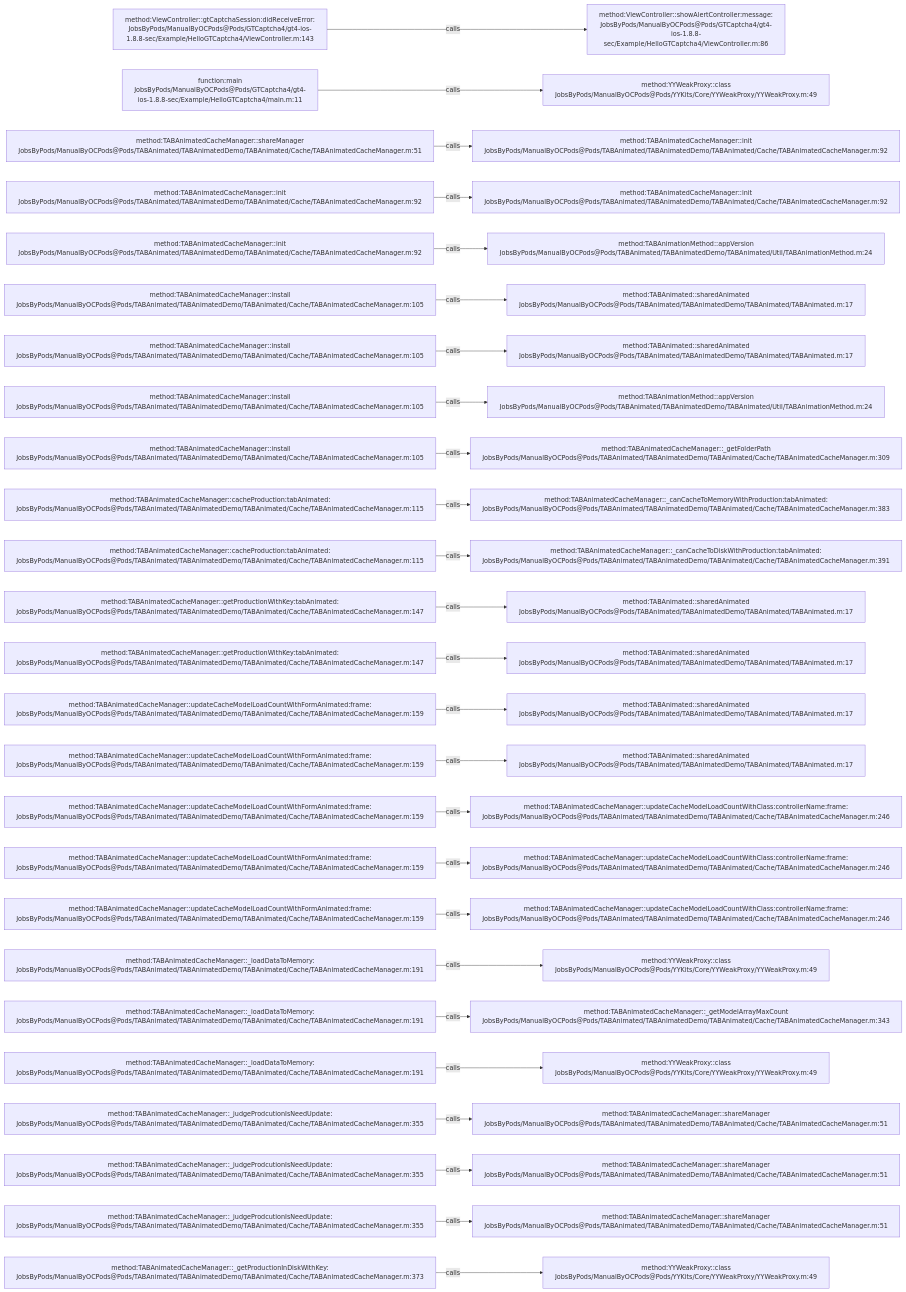
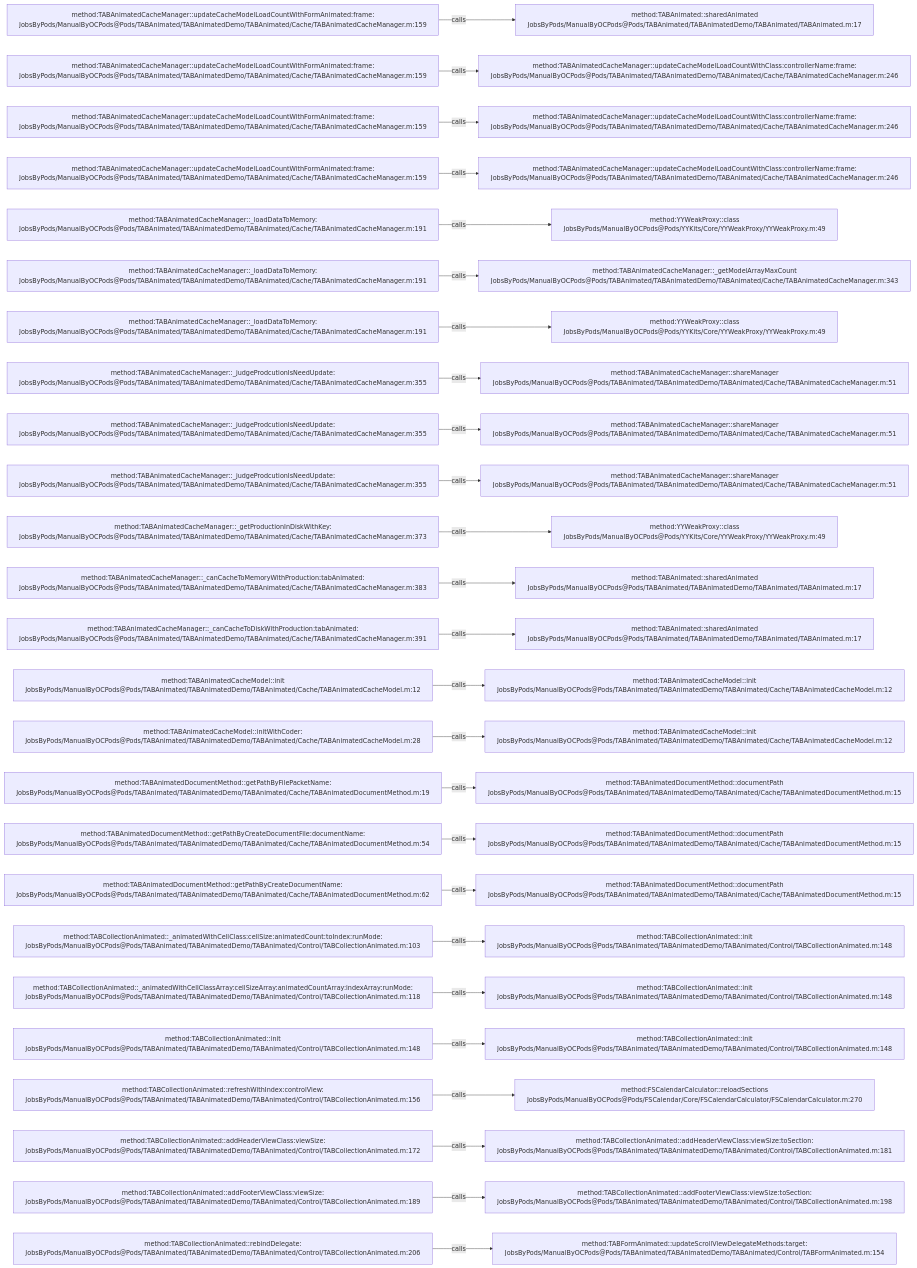
The diagram in .codegraph/codegraph.md/graphs/calls-022.md (JobsKits/JobsOCBaseConfigDemo), drawn with Mermaid before and after one commit. The commit also changed 296 other files, not shown here.

````diff
--- a/.codegraph/codegraph.md/graphs/calls-022.md
+++ b/.codegraph/codegraph.md/graphs/calls-022.md
@@ -13,78 +13,78 @@
 ```mermaid
 flowchart LR
-  S1["method:ViewController::gtCaptchaSession:didReceiveError:<br/>JobsByPods/ManualByOCPods@Pods/GTCaptcha4/gt4-ios-1.8.8-sec/Example/HelloGTCaptcha4/ViewController.m:143"]
-  T1["method:ViewController::showAlertController:message:<br/>JobsByPods/ManualByOCPods@Pods/GTCaptcha4/gt4-ios-1.8.8-sec/Example/HelloGTCaptcha4/ViewController.m:86"]
+  S1["method:TABAnimatedCacheManager::updateCacheModelLoadCountWithFormAnimated:frame:<br/>JobsByPods/ManualByOCPods@Pods/TABAnimated/TABAnimatedDemo/TABAnimated/Cache/TABAnimatedCacheManager.m:159"]
+  T1["method:TABAnimated::sharedAnimated<br/>JobsByPods/ManualByOCPods@Pods/TABAnimated/TABAnimatedDemo/TABAnimated/TABAnimated.m:17"]
   S1 -->|calls| T1
-  S2["function:main<br/>JobsByPods/ManualByOCPods@Pods/GTCaptcha4/gt4-ios-1.8.8-sec/Example/HelloGTCaptcha4/main.m:11"]
-  T2["method:YYWeakProxy::class<br/>JobsByPods/ManualByOCPods@Pods/YYKits/Core/YYWeakProxy/YYWeakProxy.m:49"]
+  S2["method:TABAnimatedCacheManager::updateCacheModelLoadCountWithFormAnimated:frame:<br/>JobsByPods/ManualByOCPods@Pods/TABAnimated/TABAnimatedDemo/TABAnimated/Cache/TABAnimatedCacheManager.m:159"]
+  T2["method:TABAnimatedCacheManager::updateCacheModelLoadCountWithClass:controllerName:frame:<br/>JobsByPods/ManualByOCPods@Pods/TABAnimated/TABAnimatedDemo/TABAnimated/Cache/TABAnimatedCacheManager.m:246"]
   S2 -->|calls| T2
-  S3["method:TABAnimatedCacheManager::shareManager<br/>JobsByPods/ManualByOCPods@Pods/TABAnimated/TABAnimatedDemo/TABAnimated/Cache/TABAnimatedCacheManager.m:51"]
-  T3["method:TABAnimatedCacheManager::init<br/>JobsByPods/ManualByOCPods@Pods/TABAnimated/TABAnimatedDemo/TABAnimated/Cache/TABAnimatedCacheManager.m:92"]
+  S3["method:TABAnimatedCacheManager::updateCacheModelLoadCountWithFormAnimated:frame:<br/>JobsByPods/ManualByOCPods@Pods/TABAnimated/TABAnimatedDemo/TABAnimated/Cache/TABAnimatedCacheManager.m:159"]
+  T3["method:TABAnimatedCacheManager::updateCacheModelLoadCountWithClass:controllerName:frame:<br/>JobsByPods/ManualByOCPods@Pods/TABAnimated/TABAnimatedDemo/TABAnimated/Cache/TABAnimatedCacheManager.m:246"]
   S3 -->|calls| T3
-  S4["method:TABAnimatedCacheManager::init<br/>JobsByPods/ManualByOCPods@Pods/TABAnimated/TABAnimatedDemo/TABAnimated/Cache/TABAnimatedCacheManager.m:92"]
-  T4["method:TABAnimatedCacheManager::init<br/>JobsByPods/ManualByOCPods@Pods/TABAnimated/TABAnimatedDemo/TABAnimated/Cache/TABAnimatedCacheManager.m:92"]
+  S4["method:TABAnimatedCacheManager::updateCacheModelLoadCountWithFormAnimated:frame:<br/>JobsByPods/ManualByOCPods@Pods/TABAnimated/TABAnimatedDemo/TABAnimated/Cache/TABAnimatedCacheManager.m:159"]
+  T4["method:TABAnimatedCacheManager::updateCacheModelLoadCountWithClass:controllerName:frame:<br/>JobsByPods/ManualByOCPods@Pods/TABAnimated/TABAnimatedDemo/TABAnimated/Cache/TABAnimatedCacheManager.m:246"]
   S4 -->|calls| T4
-  S5["method:TABAnimatedCacheManager::init<br/>JobsByPods/ManualByOCPods@Pods/TABAnimated/TABAnimatedDemo/TABAnimated/Cache/TABAnimatedCacheManager.m:92"]
-  T5["method:TABAnimationMethod::appVersion<br/>JobsByPods/ManualByOCPods@Pods/TABAnimated/TABAnimatedDemo/TABAnimated/Util/TABAnimationMethod.m:24"]
+  S5["method:TABAnimatedCacheManager::_loadDataToMemory:<br/>JobsByPods/ManualByOCPods@Pods/TABAnimated/TABAnimatedDemo/TABAnimated/Cache/TABAnimatedCacheManager.m:191"]
+  T5["method:YYWeakProxy::class<br/>JobsByPods/ManualByOCPods@Pods/YYKits/Core/YYWeakProxy/YYWeakProxy.m:49"]
   S5 -->|calls| T5
-  S6["method:TABAnimatedCacheManager::install<br/>JobsByPods/ManualByOCPods@Pods/TABAnimated/TABAnimatedDemo/TABAnimated/Cache/TABAnimatedCacheManager.m:105"]
-  T6["method:TABAnimated::sharedAnimated<br/>JobsByPods/ManualByOCPods@Pods/TABAnimated/TABAnimatedDemo/TABAnimated/TABAnimated.m:17"]
+  S6["method:TABAnimatedCacheManager::_loadDataToMemory:<br/>JobsByPods/ManualByOCPods@Pods/TABAnimated/TABAnimatedDemo/TABAnimated/Cache/TABAnimatedCacheManager.m:191"]
+  T6["method:TABAnimatedCacheManager::_getModelArrayMaxCount<br/>JobsByPods/ManualByOCPods@Pods/TABAnimated/TABAnimatedDemo/TABAnimated/Cache/TABAnimatedCacheManager.m:343"]
   S6 -->|calls| T6
-  S7["method:TABAnimatedCacheManager::install<br/>JobsByPods/ManualByOCPods@Pods/TABAnimated/TABAnimatedDemo/TABAnimated/Cache/TABAnimatedCacheManager.m:105"]
-  T7["method:TABAnimated::sharedAnimated<br/>JobsByPods/ManualByOCPods@Pods/TABAnimated/TABAnimatedDemo/TABAnimated/TABAnimated.m:17"]
+  S7["method:TABAnimatedCacheManager::_loadDataToMemory:<br/>JobsByPods/ManualByOCPods@Pods/TABAnimated/TABAnimatedDemo/TABAnimated/Cache/TABAnimatedCacheManager.m:191"]
+  T7["method:YYWeakProxy::class<br/>JobsByPods/ManualByOCPods@Pods/YYKits/Core/YYWeakProxy/YYWeakProxy.m:49"]
   S7 -->|calls| T7
-  S8["method:TABAnimatedCacheManager::install<br/>JobsByPods/ManualByOCPods@Pods/TABAnimated/TABAnimatedDemo/TABAnimated/Cache/TABAnimatedCacheManager.m:105"]
-  T8["method:TABAnimationMethod::appVersion<br/>JobsByPods/ManualByOCPods@Pods/TABAnimated/TABAnimatedDemo/TABAnimated/Util/TABAnimationMethod.m:24"]
+  S8["method:TABAnimatedCacheManager::_judgeProdcutionIsNeedUpdate:<br/>JobsByPods/ManualByOCPods@Pods/TABAnimated/TABAnimatedDemo/TABAnimated/Cache/TABAnimatedCacheManager.m:355"]
+  T8["method:TABAnimatedCacheManager::shareManager<br/>JobsByPods/ManualByOCPods@Pods/TABAnimated/TABAnimatedDemo/TABAnimated/Cache/TABAnimatedCacheManager.m:51"]
   S8 -->|calls| T8
-  S9["method:TABAnimatedCacheManager::install<br/>JobsByPods/ManualByOCPods@Pods/TABAnimated/TABAnimatedDemo/TABAnimated/Cache/TABAnimatedCacheManager.m:105"]
-  T9["method:TABAnimatedCacheManager::_getFolderPath<br/>JobsByPods/ManualByOCPods@Pods/TABAnimated/TABAnimatedDemo/TABAnimated/Cache/TABAnimatedCacheManager.m:309"]
+  S9["method:TABAnimatedCacheManager::_judgeProdcutionIsNeedUpdate:<br/>JobsByPods/ManualByOCPods@Pods/TABAnimated/TABAnimatedDemo/TABAnimated/Cache/TABAnimatedCacheManager.m:355"]
+  T9["method:TABAnimatedCacheManager::shareManager<br/>JobsByPods/ManualByOCPods@Pods/TABAnimated/TABAnimatedDemo/TABAnimated/Cache/TABAnimatedCacheManager.m:51"]
   S9 -->|calls| T9
-  S10["method:TABAnimatedCacheManager::cacheProduction:tabAnimated:<br/>JobsByPods/ManualByOCPods@Pods/TABAnimated/TABAnimatedDemo/TABAnimated/Cache/TABAnimatedCacheManager.m:115"]
-  T10["method:TABAnimatedCacheManager::_canCacheToMemoryWithProduction:tabAnimated:<br/>JobsByPods/ManualByOCPods@Pods/TABAnimated/TABAnimatedDemo/TABAnimated/Cache/TABAnimatedCacheManager.m:383"]
+  S10["method:TABAnimatedCacheManager::_judgeProdcutionIsNeedUpdate:<br/>JobsByPods/ManualByOCPods@Pods/TABAnimated/TABAnimatedDemo/TABAnimated/Cache/TABAnimatedCacheManager.m:355"]
+  T10["method:TABAnimatedCacheManager::shareManager<br/>JobsByPods/ManualByOCPods@Pods/TABAnimated/TABAnimatedDemo/TABAnimated/Cache/TABAnimatedCacheManager.m:51"]
   S10 -->|calls| T10
-  S11["method:TABAnimatedCacheManager::cacheProduction:tabAnimated:<br/>JobsByPods/ManualByOCPods@Pods/TABAnimated/TABAnimatedDemo/TABAnimated/Cache/TABAnimatedCacheManager.m:115"]
-  T11["method:TABAnimatedCacheManager::_canCacheToDiskWithProduction:tabAnimated:<br/>JobsByPods/ManualByOCPods@Pods/TABAnimated/TABAnimatedDemo/TABAnimated/Cache/TABAnimatedCacheManager.m:391"]
+  S11["method:TABAnimatedCacheManager::_getProductionInDiskWithKey:<br/>JobsByPods/ManualByOCPods@Pods/TABAnimated/TABAnimatedDemo/TABAnimated/Cache/TABAnimatedCacheManager.m:373"]
+  T11["method:YYWeakProxy::class<br/>JobsByPods/ManualByOCPods@Pods/YYKits/Core/YYWeakProxy/YYWeakProxy.m:49"]
   S11 -->|calls| T11
-  S12["method:TABAnimatedCacheManager::getProductionWithKey:tabAnimated:<br/>JobsByPods/ManualByOCPods@Pods/TABAnimated/TABAnimatedDemo/TABAnimated/Cache/TABAnimatedCacheManager.m:147"]
+  S12["method:TABAnimatedCacheManager::_canCacheToMemoryWithProduction:tabAnimated:<br/>JobsByPods/ManualByOCPods@Pods/TABAnimated/TABAnimatedDemo/TABAnimated/Cache/TABAnimatedCacheManager.m:383"]
   T12["method:TABAnimated::sharedAnimated<br/>JobsByPods/ManualByOCPods@Pods/TABAnimated/TABAnimatedDemo/TABAnimated/TABAnimated.m:17"]
   S12 -->|calls| T12
-  S13["method:TABAnimatedCacheManager::getProductionWithKey:tabAnimated:<br/>JobsByPods/ManualByOCPods@Pods/TABAnimated/TABAnimatedDemo/TABAnimated/Cache/TABAnimatedCacheManager.m:147"]
+  S13["method:TABAnimatedCacheManager::_canCacheToDiskWithProduction:tabAnimated:<br/>JobsByPods/ManualByOCPods@Pods/TABAnimated/TABAnimatedDemo/TABAnimated/Cache/TABAnimatedCacheManager.m:391"]
   T13["method:TABAnimated::sharedAnimated<br/>JobsByPods/ManualByOCPods@Pods/TABAnimated/TABAnimatedDemo/TABAnimated/TABAnimated.m:17"]
   S13 -->|calls| T13
-  S14["method:TABAnimatedCacheManager::updateCacheModelLoadCountWithFormAnimated:frame:<br/>JobsByPods/ManualByOCPods@Pods/TABAnimated/TABAnimatedDemo/TABAnimated/Cache/TABAnimatedCacheManager.m:159"]
-  T14["method:TABAnimated::sharedAnimated<br/>JobsByPods/ManualByOCPods@Pods/TABAnimated/TABAnimatedDemo/TABAnimated/TABAnimated.m:17"]
+  S14["method:TABAnimatedCacheModel::init<br/>JobsByPods/ManualByOCPods@Pods/TABAnimated/TABAnimatedDemo/TABAnimated/Cache/TABAnimatedCacheModel.m:12"]
+  T14["method:TABAnimatedCacheModel::init<br/>JobsByPods/ManualByOCPods@Pods/TABAnimated/TABAnimatedDemo/TABAnimated/Cache/TABAnimatedCacheModel.m:12"]
   S14 -->|calls| T14
-  S15["method:TABAnimatedCacheManager::updateCacheModelLoadCountWithFormAnimated:frame:<br/>JobsByPods/ManualByOCPods@Pods/TABAnimated/TABAnimatedDemo/TABAnimated/Cache/TABAnimatedCacheManager.m:159"]
-  T15["method:TABAnimated::sharedAnimated<br/>JobsByPods/ManualByOCPods@Pods/TABAnimated/TABAnimatedDemo/TABAnimated/TABAnimated.m:17"]
+  S15["method:TABAnimatedCacheModel::initWithCoder:<br/>JobsByPods/ManualByOCPods@Pods/TABAnimated/TABAnimatedDemo/TABAnimated/Cache/TABAnimatedCacheModel.m:28"]
+  T15["method:TABAnimatedCacheModel::init<br/>JobsByPods/ManualByOCPods@Pods/TABAnimated/TABAnimatedDemo/TABAnimated/Cache/TABAnimatedCacheModel.m:12"]
   S15 -->|calls| T15
-  S16["method:TABAnimatedCacheManager::updateCacheModelLoadCountWithFormAnimated:frame:<br/>JobsByPods/ManualByOCPods@Pods/TABAnimated/TABAnimatedDemo/TABAnimated/Cache/TABAnimatedCacheManager.m:159"]
-  T16["method:TABAnimatedCacheManager::updateCacheModelLoadCountWithClass:controllerName:frame:<br/>JobsByPods/ManualByOCPods@Pods/TABAnimated/TABAnimatedDemo/TABAnimated/Cache/TABAnimatedCacheManager.m:246"]
+  S16["method:TABAnimatedDocumentMethod::getPathByFilePacketName:<br/>JobsByPods/ManualByOCPods@Pods/TABAnimated/TABAnimatedDemo/TABAnimated/Cache/TABAnimatedDocumentMethod.m:19"]
+  T16["method:TABAnimatedDocumentMethod::documentPath<br/>JobsByPods/ManualByOCPods@Pods/TABAnimated/TABAnimatedDemo/TABAnimated/Cache/TABAnimatedDocumentMethod.m:15"]
   S16 -->|calls| T16
-  S17["method:TABAnimatedCacheManager::updateCacheModelLoadCountWithFormAnimated:frame:<br/>JobsByPods/ManualByOCPods@Pods/TABAnimated/TABAnimatedDemo/TABAnimated/Cache/TABAnimatedCacheManager.m:159"]
-  T17["method:TABAnimatedCacheManager::updateCacheModelLoadCountWithClass:controllerName:frame:<br/>JobsByPods/ManualByOCPods@Pods/TABAnimated/TABAnimatedDemo/TABAnimated/Cache/TABAnimatedCacheManager.m:246"]
+  S17["method:TABAnimatedDocumentMethod::getPathByCreateDocumentFile:documentName:<br/>JobsByPods/ManualByOCPods@Pods/TABAnimated/TABAnimatedDemo/TABAnimated/Cache/TABAnimatedDocumentMethod.m:54"]
+  T17["method:TABAnimatedDocumentMethod::documentPath<br/>JobsByPods/ManualByOCPods@Pods/TABAnimated/TABAnimatedDemo/TABAnimated/Cache/TABAnimatedDocumentMethod.m:15"]
   S17 -->|calls| T17
-  S18["method:TABAnimatedCacheManager::updateCacheModelLoadCountWithFormAnimated:frame:<br/>JobsByPods/ManualByOCPods@Pods/TABAnimated/TABAnimatedDemo/TABAnimated/Cache/TABAnimatedCacheManager.m:159"]
-  T18["method:TABAnimatedCacheManager::updateCacheModelLoadCountWithClass:controllerName:frame:<br/>JobsByPods/ManualByOCPods@Pods/TABAnimated/TABAnimatedDemo/TABAnimated/Cache/TABAnimatedCacheManager.m:246"]
+  S18["method:TABAnimatedDocumentMethod::getPathByCreateDocumentName:<br/>JobsByPods/ManualByOCPods@Pods/TABAnimated/TABAnimatedDemo/TABAnimated/Cache/TABAnimatedDocumentMethod.m:62"]
+  T18["method:TABAnimatedDocumentMethod::documentPath<br/>JobsByPods/ManualByOCPods@Pods/TABAnimated/TABAnimatedDemo/TABAnimated/Cache/TABAnimatedDocumentMethod.m:15"]
   S18 -->|calls| T18
-  S19["method:TABAnimatedCacheManager::_loadDataToMemory:<br/>JobsByPods/ManualByOCPods@Pods/TABAnimated/TABAnimatedDemo/TABAnimated/Cache/TABAnimatedCacheManager.m:191"]
-  T19["method:YYWeakProxy::class<br/>JobsByPods/ManualByOCPods@Pods/YYKits/Core/YYWeakProxy/YYWeakProxy.m:49"]
+  S19["method:TABCollectionAnimated::_animatedWithCellClass:cellSize:animatedCount:toIndex:runMode:<br/>JobsByPods/ManualByOCPods@Pods/TABAnimated/TABAnimatedDemo/TABAnimated/Control/TABCollectionAnimated.m:103"]
+  T19["method:TABCollectionAnimated::init<br/>JobsByPods/ManualByOCPods@Pods/TABAnimated/TABAnimatedDemo/TABAnimated/Control/TABCollectionAnimated.m:148"]
   S19 -->|calls| T19
-  S20["method:TABAnimatedCacheManager::_loadDataToMemory:<br/>JobsByPods/ManualByOCPods@Pods/TABAnimated/TABAnimatedDemo/TABAnimated/Cache/TABAnimatedCacheManager.m:191"]
-  T20["method:TABAnimatedCacheManager::_getModelArrayMaxCount<br/>JobsByPods/ManualByOCPods@Pods/TABAnimated/TABAnimatedDemo/TABAnimated/Cache/TABAnimatedCacheManager.m:343"]
+  S20["method:TABCollectionAnimated::_animatedWithCellClassArray:cellSizeArray:animatedCountArray:indexArray:runMode:<br/>JobsByPods/ManualByOCPods@Pods/TABAnimated/TABAnimatedDemo/TABAnimated/Control/TABCollectionAnimated.m:118"]
+  T20["method:TABCollectionAnimated::init<br/>JobsByPods/ManualByOCPods@Pods/TABAnimated/TABAnimatedDemo/TABAnimated/Control/TABCollectionAnimated.m:148"]
   S20 -->|calls| T20
-  S21["method:TABAnimatedCacheManager::_loadDataToMemory:<br/>JobsByPods/ManualByOCPods@Pods/TABAnimated/TABAnimatedDemo/TABAnimated/Cache/TABAnimatedCacheManager.m:191"]
-  T21["method:YYWeakProxy::class<br/>JobsByPods/ManualByOCPods@Pods/YYKits/Core/YYWeakProxy/YYWeakProxy.m:49"]
+  S21["method:TABCollectionAnimated::init<br/>JobsByPods/ManualByOCPods@Pods/TABAnimated/TABAnimatedDemo/TABAnimated/Control/TABCollectionAnimated.m:148"]
+  T21["method:TABCollectionAnimated::init<br/>JobsByPods/ManualByOCPods@Pods/TABAnimated/TABAnimatedDemo/TABAnimated/Control/TABCollectionAnimated.m:148"]
   S21 -->|calls| T21
-  S22["method:TABAnimatedCacheManager::_judgeProdcutionIsNeedUpdate:<br/>JobsByPods/ManualByOCPods@Pods/TABAnimated/TABAnimatedDemo/TABAnimated/Cache/TABAnimatedCacheManager.m:355"]
-  T22["method:TABAnimatedCacheManager::shareManager<br/>JobsByPods/ManualByOCPods@Pods/TABAnimated/TABAnimatedDemo/TABAnimated/Cache/TABAnimatedCacheManager.m:51"]
+  S22["method:TABCollectionAnimated::refreshWithIndex:controlView:<br/>JobsByPods/ManualByOCPods@Pods/TABAnimated/TABAnimatedDemo/TABAnimated/Control/TABCollectionAnimated.m:156"]
+  T22["method:FSCalendarCalculator::reloadSections<br/>JobsByPods/ManualByOCPods@Pods/FSCalendar/Core/FSCalendarCalculator/FSCalendarCalculator.m:270"]
   S22 -->|calls| T22
-  S23["method:TABAnimatedCacheManager::_judgeProdcutionIsNeedUpdate:<br/>JobsByPods/ManualByOCPods@Pods/TABAnimated/TABAnimatedDemo/TABAnimated/Cache/TABAnimatedCacheManager.m:355"]
-  T23["method:TABAnimatedCacheManager::shareManager<br/>JobsByPods/ManualByOCPods@Pods/TABAnimated/TABAnimatedDemo/TABAnimated/Cache/TABAnimatedCacheManager.m:51"]
+  S23["method:TABCollectionAnimated::addHeaderViewClass:viewSize:<br/>JobsByPods/ManualByOCPods@Pods/TABAnimated/TABAnimatedDemo/TABAnimated/Control/TABCollectionAnimated.m:172"]
+  T23["method:TABCollectionAnimated::addHeaderViewClass:viewSize:toSection:<br/>JobsByPods/ManualByOCPods@Pods/TABAnimated/TABAnimatedDemo/TABAnimated/Control/TABCollectionAnimated.m:181"]
   S23 -->|calls| T23
-  S24["method:TABAnimatedCacheManager::_judgeProdcutionIsNeedUpdate:<br/>JobsByPods/ManualByOCPods@Pods/TABAnimated/TABAnimatedDemo/TABAnimated/Cache/TABAnimatedCacheManager.m:355"]
-  T24["method:TABAnimatedCacheManager::shareManager<br/>JobsByPods/ManualByOCPods@Pods/TABAnimated/TABAnimatedDemo/TABAnimated/Cache/TABAnimatedCacheManager.m:51"]
+  S24["method:TABCollectionAnimated::addFooterViewClass:viewSize:<br/>JobsByPods/ManualByOCPods@Pods/TABAnimated/TABAnimatedDemo/TABAnimated/Control/TABCollectionAnimated.m:189"]
+  T24["method:TABCollectionAnimated::addFooterViewClass:viewSize:toSection:<br/>JobsByPods/ManualByOCPods@Pods/TABAnimated/TABAnimatedDemo/TABAnimated/Control/TABCollectionAnimated.m:198"]
   S24 -->|calls| T24
-  S25["method:TABAnimatedCacheManager::_getProductionInDiskWithKey:<br/>JobsByPods/ManualByOCPods@Pods/TABAnimated/TABAnimatedDemo/TABAnimated/Cache/TABAnimatedCacheManager.m:373"]
-  T25["method:YYWeakProxy::class<br/>JobsByPods/ManualByOCPods@Pods/YYKits/Core/YYWeakProxy/YYWeakProxy.m:49"]
+  S25["method:TABCollectionAnimated::rebindDelegate:<br/>JobsByPods/ManualByOCPods@Pods/TABAnimated/TABAnimatedDemo/TABAnimated/Control/TABCollectionAnimated.m:206"]
+  T25["method:TABFormAnimated::updateScrollViewDelegateMethods:target:<br/>JobsByPods/ManualByOCPods@Pods/TABAnimated/TABAnimatedDemo/TABAnimated/Control/TABFormAnimated.m:154"]
   S25 -->|calls| T25
 ```
````
